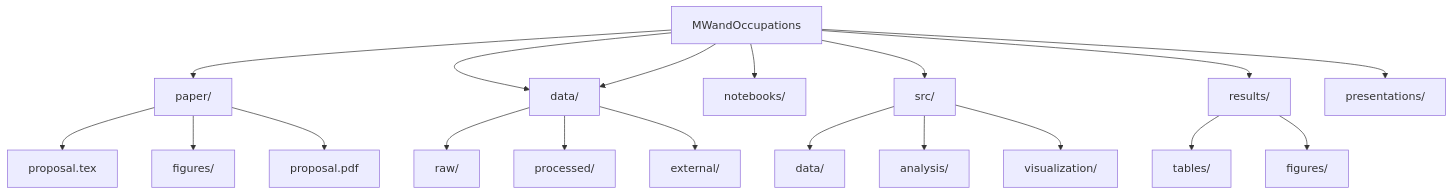
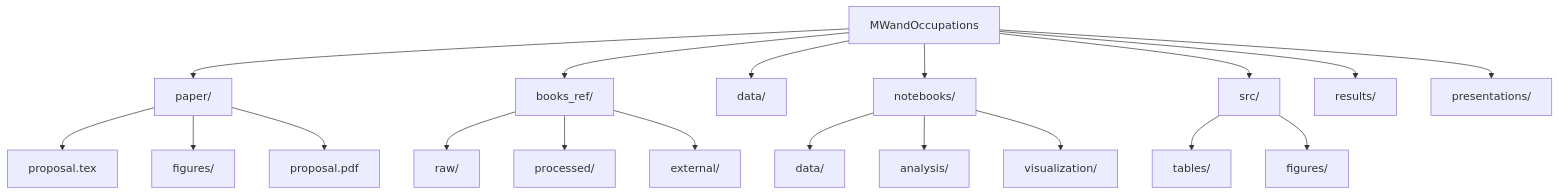
One commit to AlbertLeo1/MWandOccupations changed the diagram in README.md. Above: the diagram before and after it, drawn with Mermaid.

Commit message:
Update flowchart in README.md structure

````diff
--- a/README.md
+++ b/README.md
@@ -19,25 +19,25 @@
 ```mermaid
 flowchart TD
     A[MWandOccupations] --> B[paper/]
     A --> C[books_ref/]
-    A --> C[data/]
-    A --> D[notebooks/]
-    A --> E[src/]
-    A --> F[results/]
-    A --> G[presentations/]
+    A --> D[data/]
+    A --> E[notebooks/]
+    A --> F[src/]
+    A --> G[results/]
+    A --> H[presentations/]
     
     B --> B1[proposal.tex]
     B --> B2[figures/]
     B --> B3[proposal.pdf]
     
     C --> C1[raw/]
     C --> C2[processed/]
     C --> C3[external/]
     
     E --> E1[data/]
     E --> E2[analysis/]
     E --> E3[visualization/]
     
     F --> F1[tables/]
     F --> F2[figures/]
 ```
````
